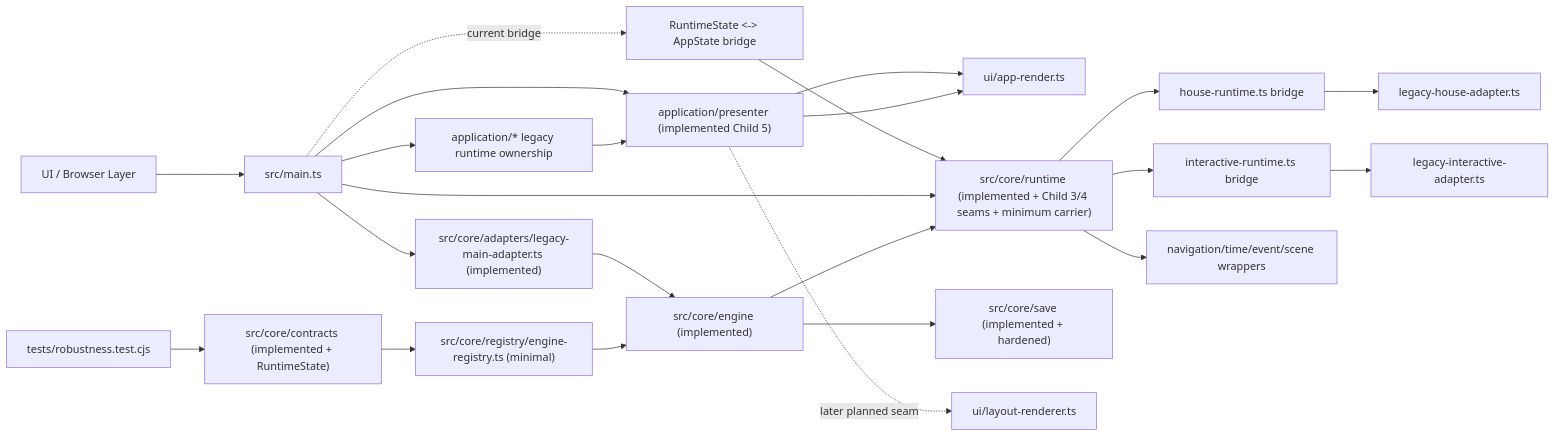
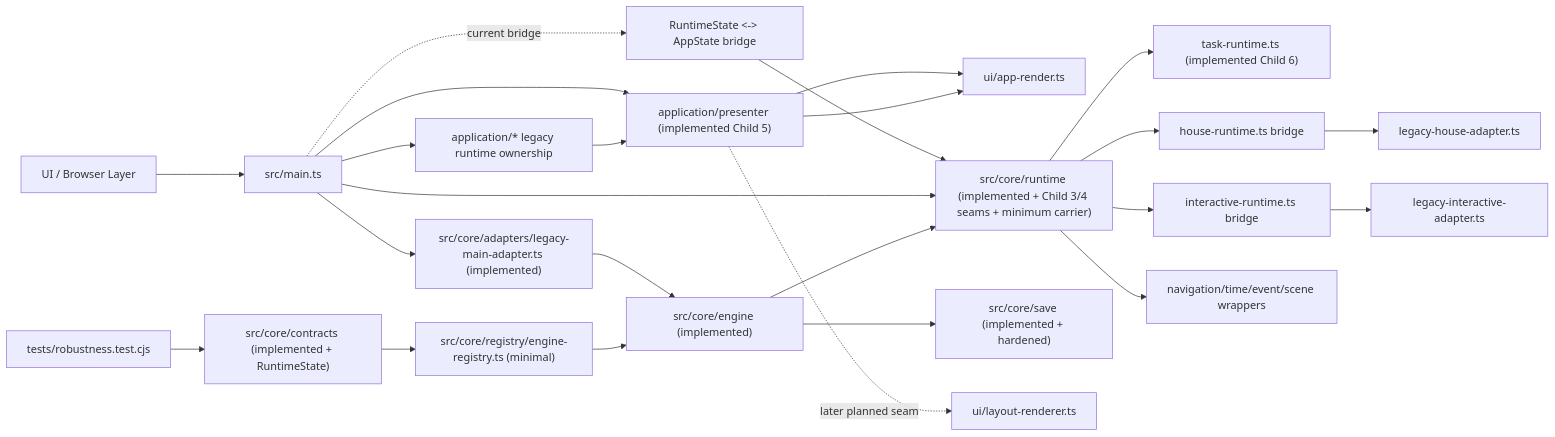
One commit to MA141277/RPG_TG changed the first of 7 diagrams in docs/superpowers/weekly/2026-06-29-weekly-architecture-report.md. Above: the diagram before and after it, drawn with Mermaid. The commit also changed other lines of this file and 14 other files, not shown here.

Commit message:
feat: add task runtime

````diff
--- a/docs/superpowers/weekly/2026-06-29-weekly-architecture-report.md
+++ b/docs/superpowers/weekly/2026-06-29-weekly-architecture-report.md
@@ -24,25 +24,26 @@
 ```mermaid
 flowchart LR
     UI["UI / Browser Layer"] --> MAIN["src/main.ts"]
     MAIN --> APP["application/* legacy runtime ownership"]
     APP --> PRESENTER["application/presenter (implemented Child 5)"]
     PRESENTER --> UIR["ui/app-render.ts"]
     MAIN -. current bridge .-> RSBRIDGE["RuntimeState <-> AppState bridge"]
     COREC["src/core/contracts (implemented + RuntimeState)"] --> CORER["src/core/registry/engine-registry.ts (minimal)"]
     CORER --> COREE["src/core/engine (implemented)"]
     COREE --> CORERT["src/core/runtime (implemented + Child 3/4 seams + minimum carrier)"]
     COREE --> CORES["src/core/save (implemented + hardened)"]
     MAIN --> ADAPTER["src/core/adapters/legacy-main-adapter.ts (implemented)"]
     ADAPTER --> COREE
     MAIN --> CORERT
     RSBRIDGE --> CORERT
+    CORERT --> TASKRT["task-runtime.ts (implemented Child 6)"]
     CORERT --> HOUCERT["house-runtime.ts bridge"]
     CORERT --> INTRT["interactive-runtime.ts bridge"]
     HOUCERT --> HOUSEAD["legacy-house-adapter.ts"]
     INTRT --> INTAD["legacy-interactive-adapter.ts"]
     CORERT --> NAVRT["navigation/time/event/scene wrappers"]
     MAIN --> PRESENTER
     PRESENTER --> UIR
     PRESENTER -. later planned seam .-> UIL["ui/layout-renderer.ts"]
     TESTS["tests/robustness.test.cjs"] --> COREC
 ```
````
